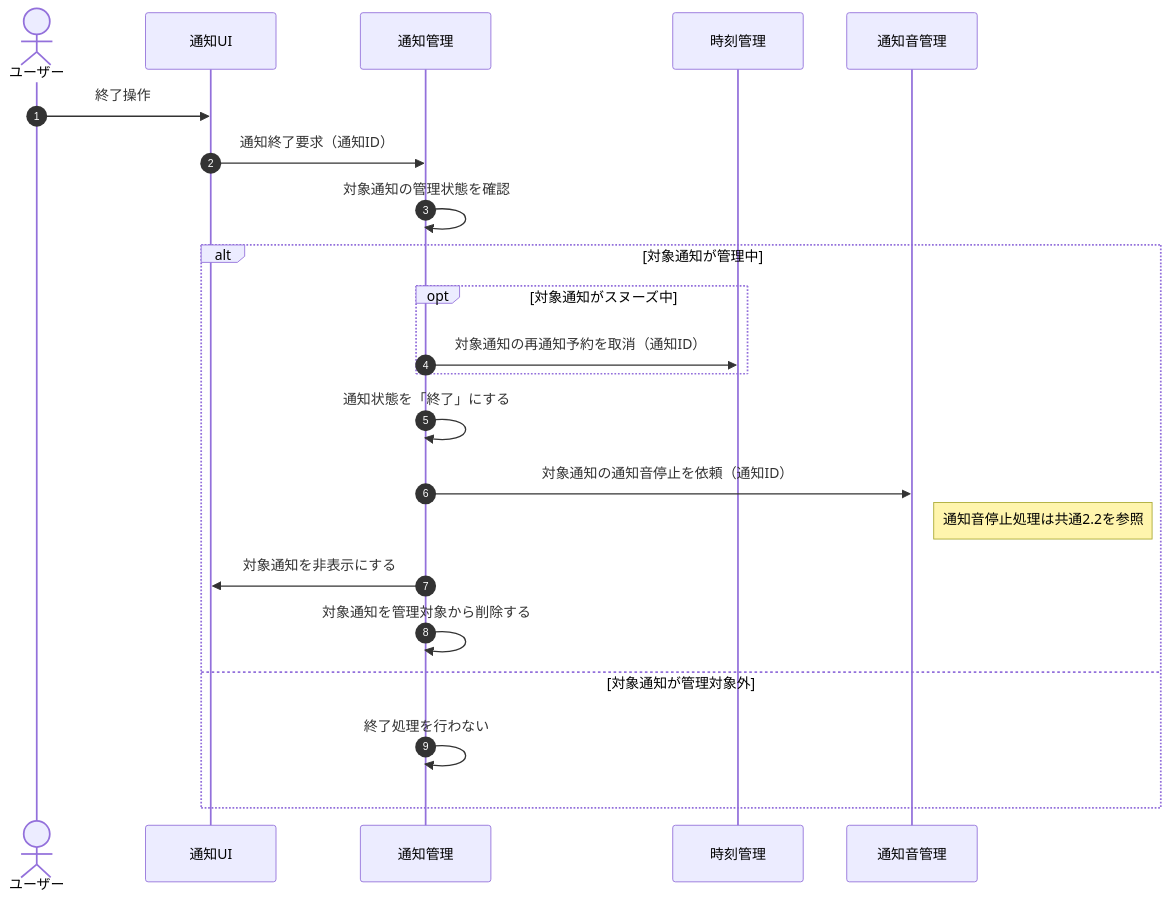
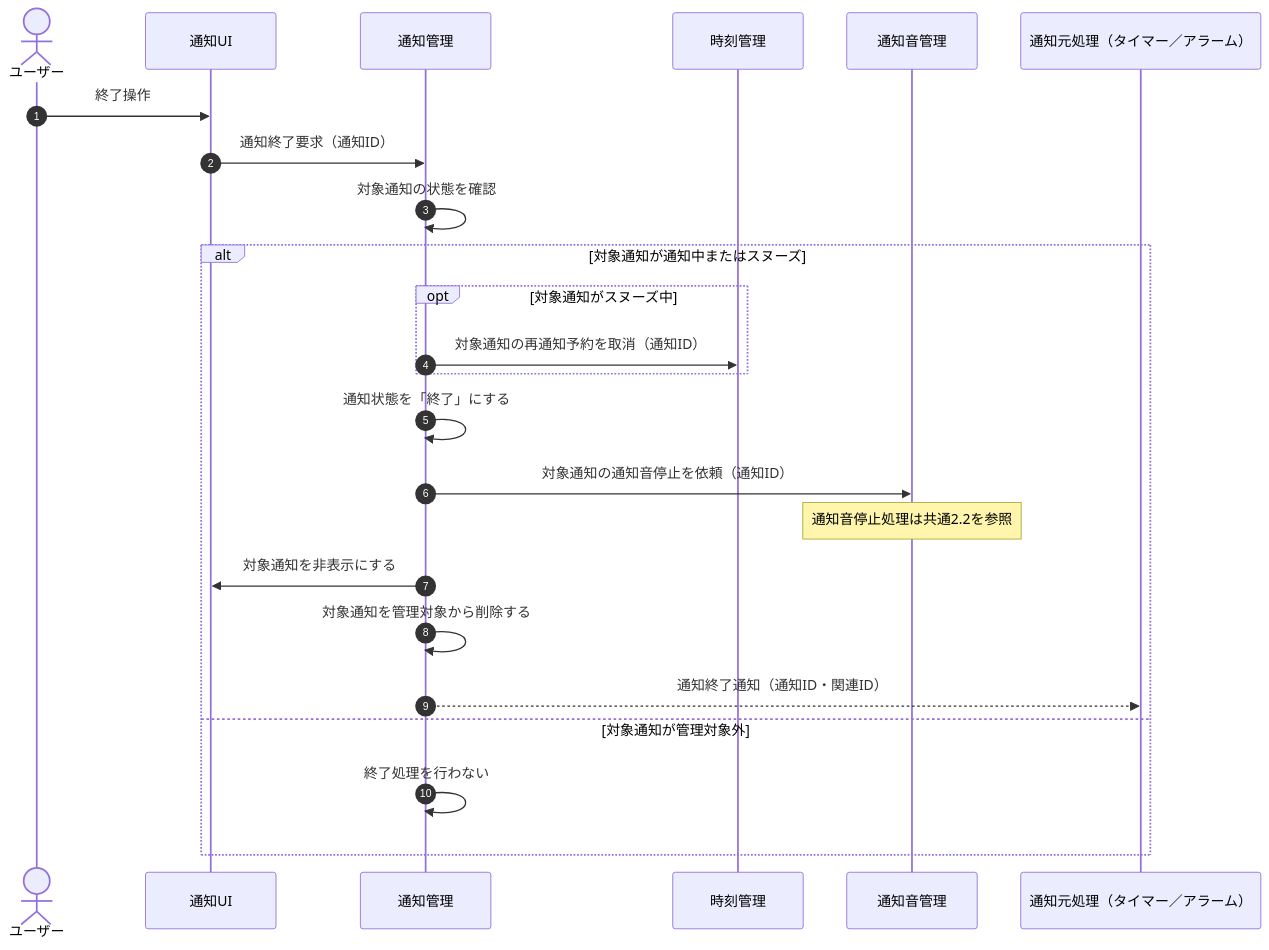
The second of 7 diagrams in document/設計/シーケンス図/共通シーケンス図.md (shun62201234-crypto/timerApplication), drawn with Mermaid before and after one commit. The commit also changed other lines of this file and 2 other files, not shown here.

First line of the commit message:
シーケンス図を修正（共通・アラーム・タイマー）

````diff
--- a/document/設計/シーケンス図/共通シーケンス図.md
+++ b/document/設計/シーケンス図/共通シーケンス図.md
@@ -30,29 +29,30 @@
 ```mermaid
 sequenceDiagram
     autonumber
     actor User as ユーザー
     participant UI as 通知UI
     participant Notify as 通知管理
     participant Clock as 時刻管理
     participant Audio as 通知音管理
+    participant Source as 通知元処理（タイマー／アラーム）
 
     User->>UI: 終了操作
     UI->>Notify: 通知終了要求（通知ID）
 
-    Notify->>Notify: 対象通知の管理状態を確認
+    Notify->>Notify: 対象通知の状態を確認
 
-    alt 対象通知が管理中
+    alt 対象通知が通知中またはスヌーズ
         opt 対象通知がスヌーズ中
             Notify->>Clock: 対象通知の再通知予約を取消（通知ID）
         end
 
         Notify->>Notify: 通知状態を「終了」にする
         Notify->>Audio: 対象通知の通知音停止を依頼（通知ID）
-        Note right of Audio: 通知音停止処理は共通2.2を参照
-
+        Note over Audio: 通知音停止処理は共通2.2を参照
         Notify->>UI: 対象通知を非表示にする
         Notify->>Notify: 対象通知を管理対象から削除する
+        Notify-->>Source: 通知終了通知（通知ID・関連ID）
     else 対象通知が管理対象外
         Notify->>Notify: 終了処理を行わない
     end
 ```
````
